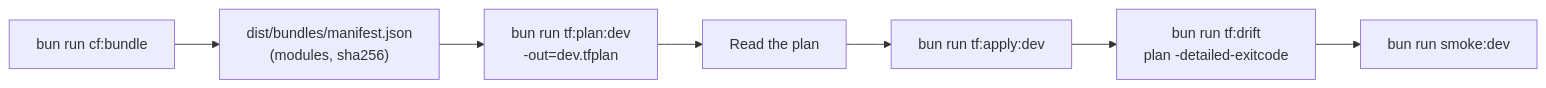
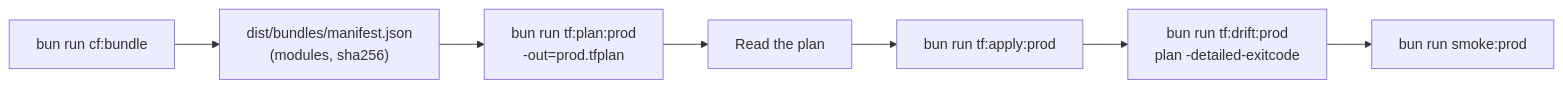
The fourth of 6 diagrams in docs/architecture/infrastructure-and-cost.md (nsudhanva/rhumbatron), drawn with Mermaid before and after one commit. The commit also changed other lines of this file and 20 other files, not shown here.

````diff
--- a/docs/architecture/infrastructure-and-cost.md
+++ b/docs/architecture/infrastructure-and-cost.md
@@ -113,9 +108,9 @@
 ```mermaid
 flowchart LR
   A["bun run cf:bundle"] --> B["dist/bundles/manifest.json<br/>(modules, sha256)"]
-  B --> C["bun run tf:plan:dev<br/>-out=dev.tfplan"]
+  B --> C["bun run tf:plan:prod<br/>-out=prod.tfplan"]
   C --> D["Read the plan"]
-  D --> E["bun run tf:apply:dev"]
-  E --> F["bun run tf:drift<br/>plan -detailed-exitcode"]
-  F --> G["bun run smoke:dev"]
+  D --> E["bun run tf:apply:prod"]
+  E --> F["bun run tf:drift:prod<br/>plan -detailed-exitcode"]
+  F --> G["bun run smoke:prod"]
 ```
````
